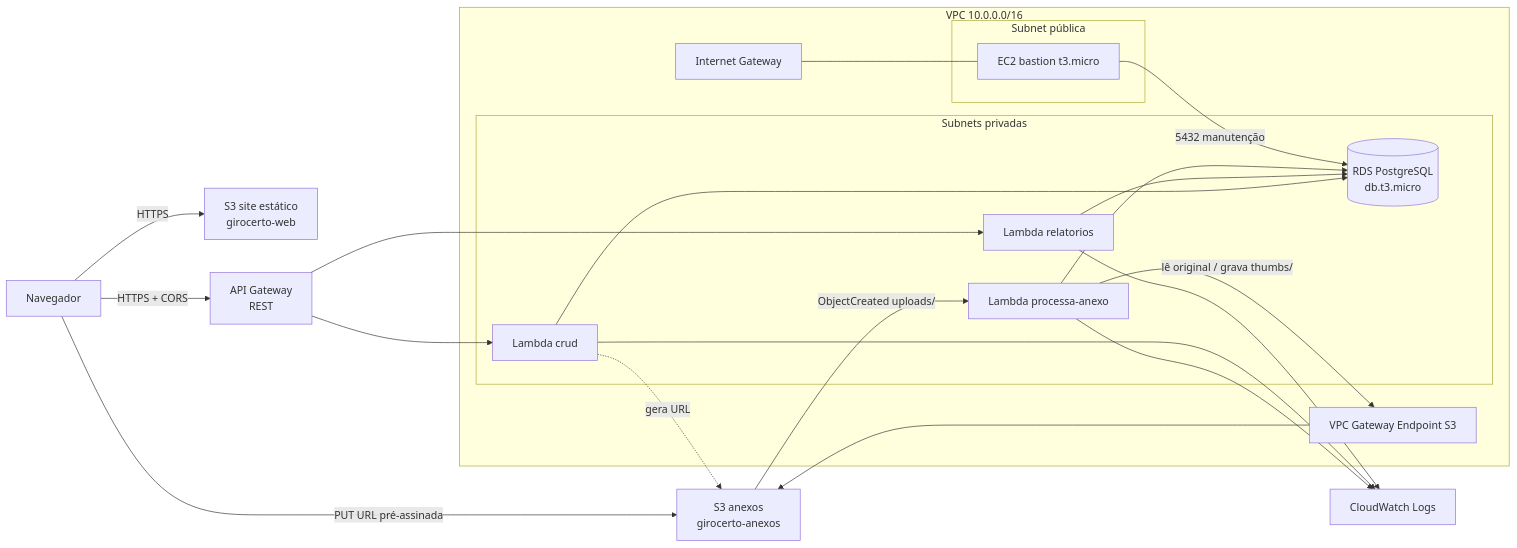
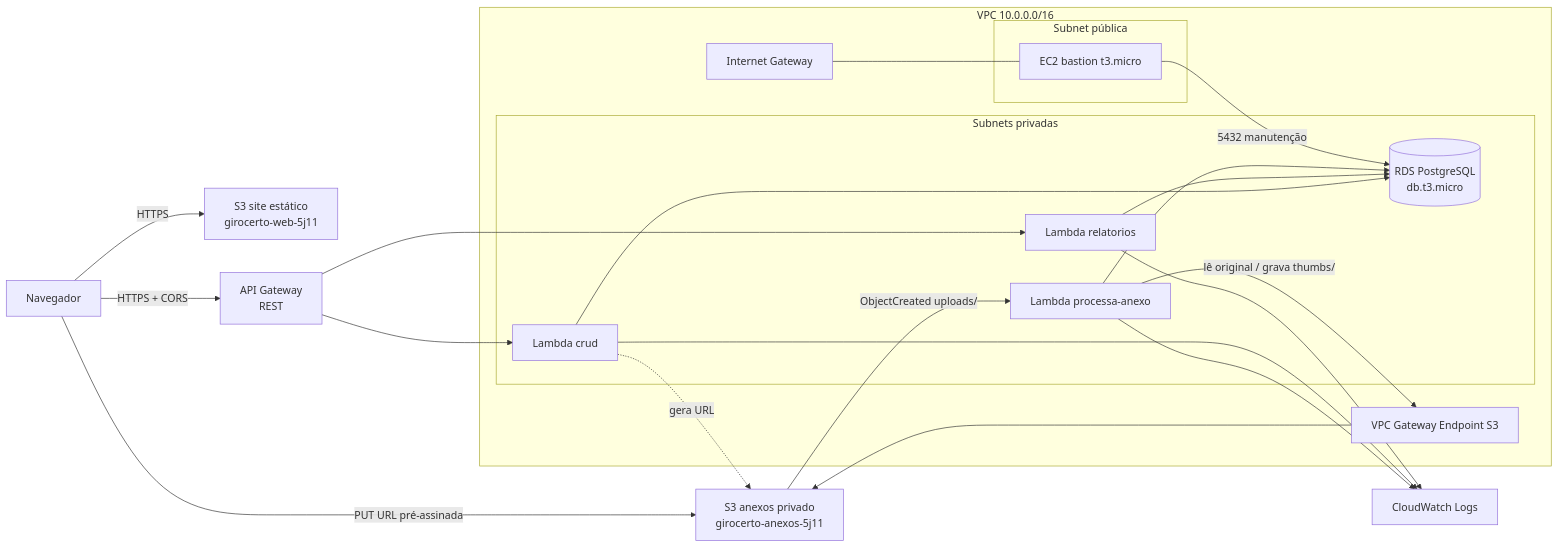
One commit to samuelpattomack/GiroCerto changed the first of 2 diagrams in specs/design.md. Above: the diagram before and after it, drawn with Mermaid. The commit also changed other lines of this file and 15 other files, not shown here.

````diff
--- a/specs/design.md
+++ b/specs/design.md
@@ -5,35 +5,35 @@
 ```mermaid
 flowchart LR
-    U[Navegador] -->|HTTPS| S3W[S3 site estático<br/>girocerto-web]
+    U[Navegador] -->|HTTPS| S3W[S3 site estático<br/>girocerto-web-5j11]
     U -->|HTTPS + CORS| APIGW[API Gateway<br/>REST]
-    U -->|PUT URL pré-assinada| S3A[S3 anexos<br/>girocerto-anexos]
+    U -->|PUT URL pré-assinada| S3A[S3 anexos privado<br/>girocerto-anexos-5j11]
 
     subgraph VPC [VPC 10.0.0.0/16]
         IGW[Internet Gateway]
         subgraph PUB [Subnet pública]
             BAS[EC2 bastion t3.micro]
         end
         subgraph PRIV [Subnets privadas]
             LCRUD[Lambda crud]
             LREL[Lambda relatorios]
             LPROC[Lambda processa-anexo]
             RDS[(RDS PostgreSQL<br/>db.t3.micro)]
         end
         VPCE[VPC Gateway Endpoint S3]
     end
 
     APIGW --> LCRUD
     APIGW --> LREL
     LCRUD --> RDS
     LREL --> RDS
     LCRUD -.gera URL.-> S3A
     S3A -->|ObjectCreated uploads/| LPROC
     LPROC -->|lê original / grava thumbs/| VPCE
     VPCE --> S3A
     LPROC --> RDS
     BAS -->|5432 manutenção| RDS
     IGW --- BAS
     LPROC --> CW[CloudWatch Logs]
     LCRUD --> CW
     LREL --> CW
 ```
````
